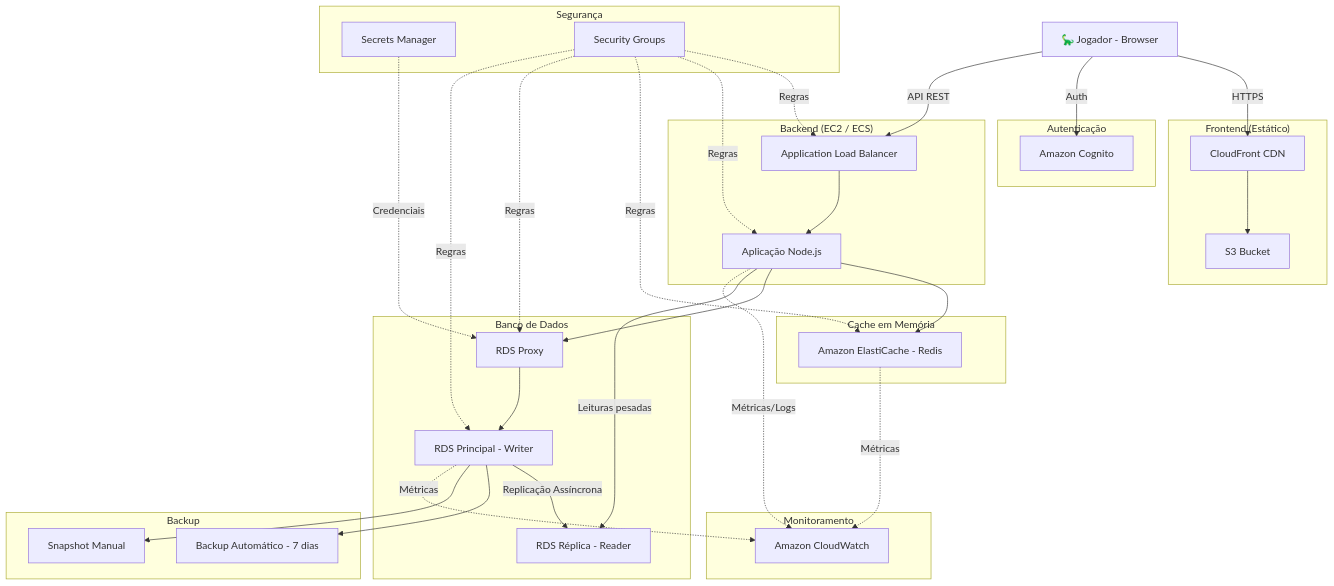
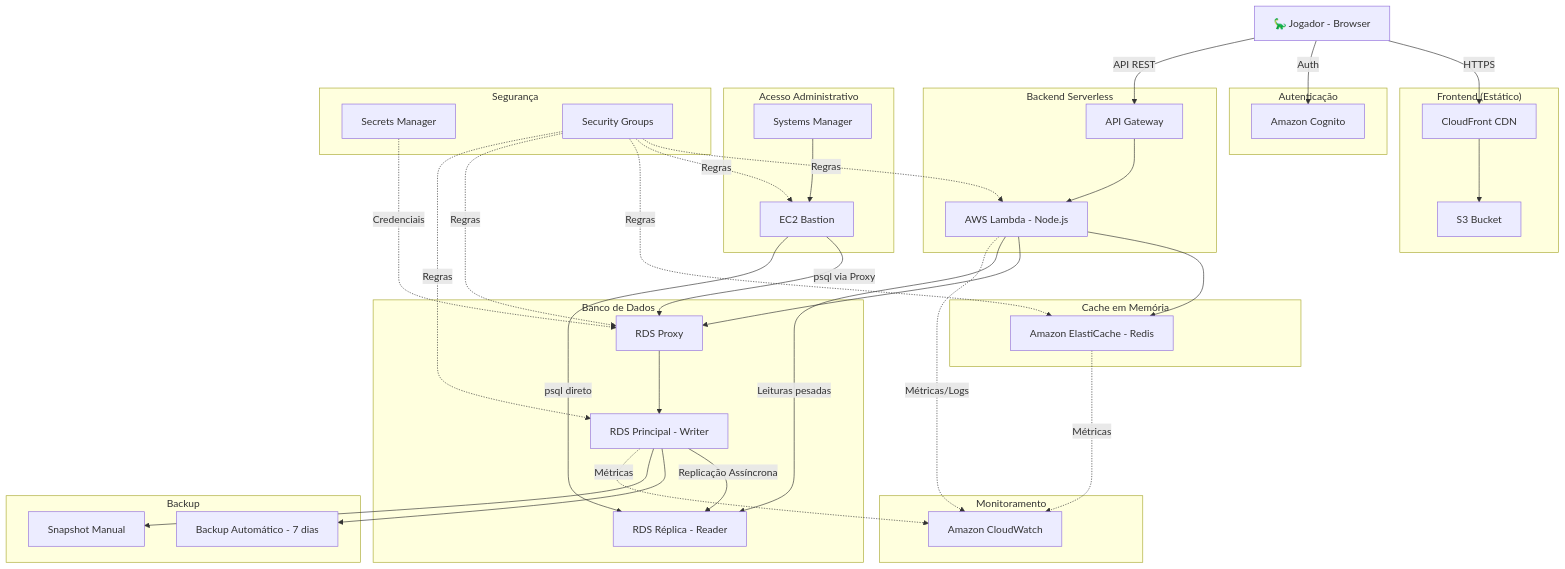
One commit to luizinhesta/Amazon_RDS_e_AWS_Backup changed the first of 4 diagrams in ARQUITETURA.md. Above: the diagram before and after it, drawn with Mermaid. The commit also changed other lines of this file and 8 other files, not shown here.

````diff
--- a/ARQUITETURA.md
+++ b/ARQUITETURA.md
@@ -32,10 +32,10 @@
         Cognito[Amazon Cognito]
     end
 
-    %% Backend
-    subgraph Backend["Backend (EC2 / ECS)"]
-        ALB[Application Load Balancer]
-        App[Aplicação Node.js]
+    %% Backend Serverless
+    subgraph BackendServerless["Backend Serverless"]
+        APIGateway[API Gateway]
+        Lambda[AWS Lambda - Node.js]
     end
 
     %% Cache
@@ -48,6 +48,12 @@
         RDSProxy[RDS Proxy]
         RDSPrincipal[RDS Principal - Writer]
         RDSReplica[RDS Réplica - Reader]
+    end
+
+    %% Acesso Administrativo
+    subgraph Admin["Acesso Administrativo"]
+        SSM[Systems Manager]
+        Bastion[EC2 Bastion]
     end
 
     %% Segurança e Monitoramento
@@ -69,22 +75,27 @@
     Cliente -->|HTTPS| CloudFront
     CloudFront --> S3
     Cliente -->|Auth| Cognito
-    Cliente -->|API REST| ALB
+    Cliente -->|API REST| APIGateway
 
-    %% Backend
-    ALB --> App
-    App --> ElastiCache
-    App --> RDSProxy
+    %% Backend Serverless
+    APIGateway --> Lambda
+    Lambda --> ElastiCache
+    Lambda --> RDSProxy
+    Lambda -->|Leituras pesadas| RDSReplica
 
     %% Banco de Dados
     RDSProxy --> RDSPrincipal
     RDSPrincipal -->|Replicação Assíncrona| RDSReplica
-    App -->|Leituras pesadas| RDSReplica
+
+    %% Acesso Administrativo
+    SSM --> Bastion
+    Bastion -->|psql via Proxy| RDSProxy
+    Bastion -->|psql direto| RDSReplica
 
     %% Segurança
     SecretsManager -.->|Credenciais| RDSProxy
-    SGGroups -.->|Regras| ALB
-    SGGroups -.->|Regras| App
+    SGGroups -.->|Regras| Lambda
+    SGGroups -.->|Regras| Bastion
     SGGroups -.->|Regras| ElastiCache
     SGGroups -.->|Regras| RDSProxy
     SGGroups -.->|Regras| RDSPrincipal
@@ -94,7 +105,7 @@
     RDSPrincipal --> Snapshot
 
     %% Monitoramento
-    App -.->|Métricas/Logs| CloudWatch
+    Lambda -.->|Métricas/Logs| CloudWatch
     RDSPrincipal -.->|Métricas| CloudWatch
     ElastiCache -.->|Métricas| CloudWatch
 ```
````
